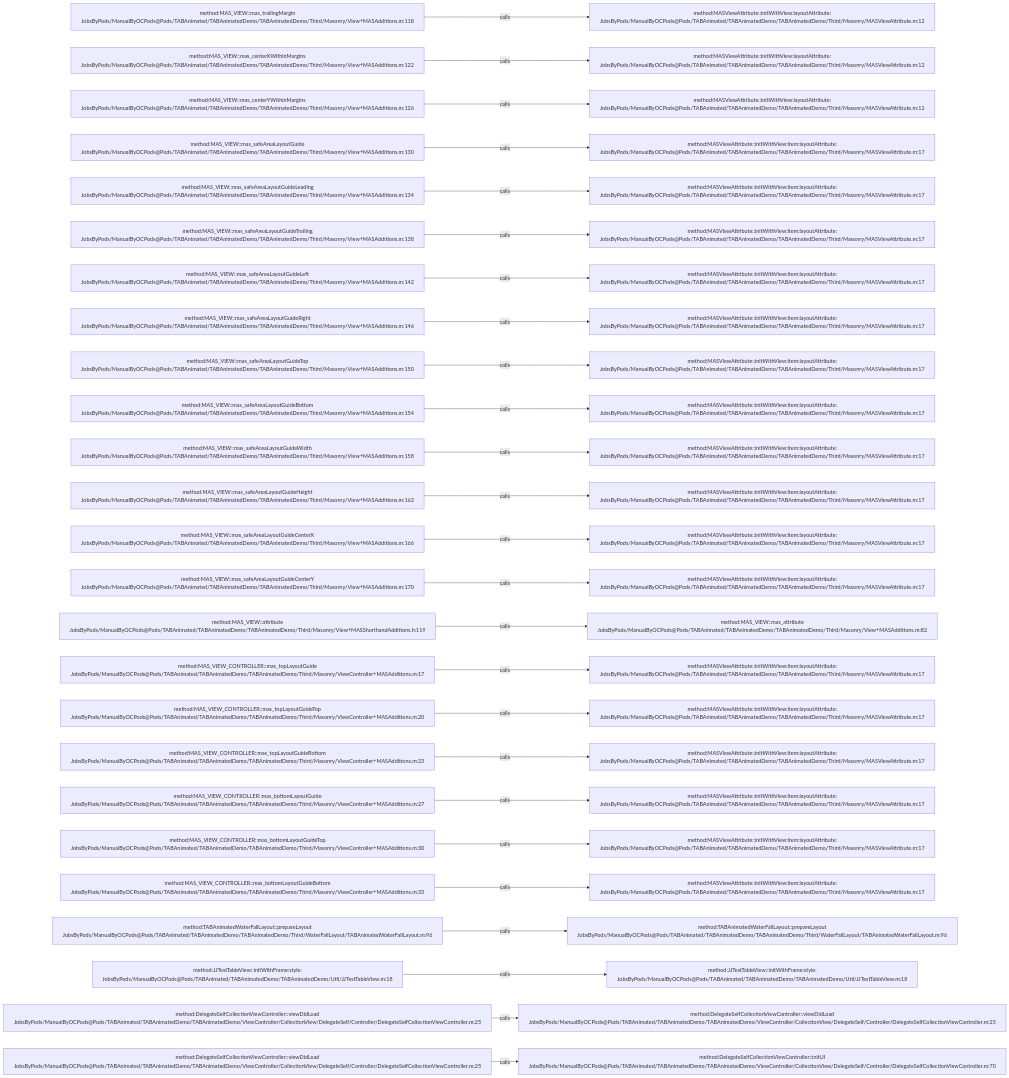
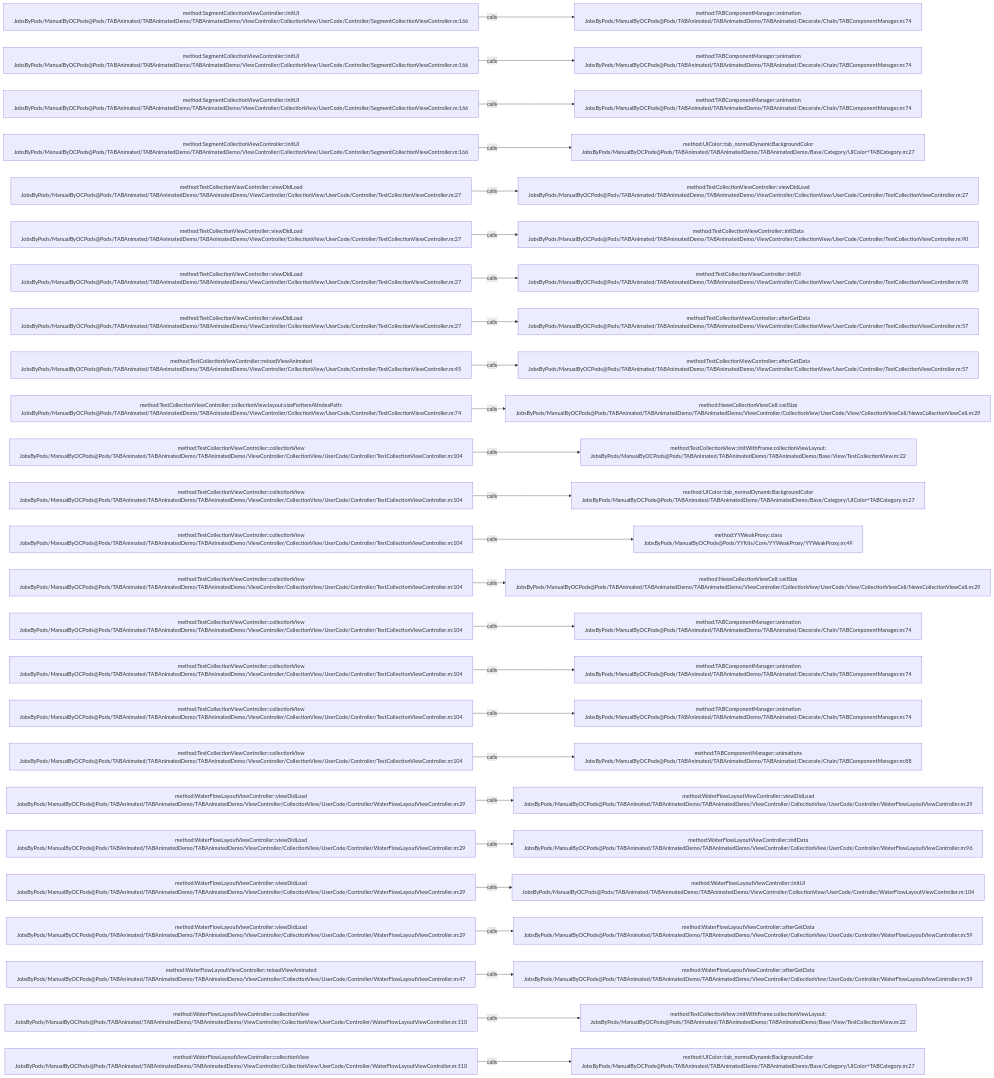
The diagram in .codegraph/codegraph.md/graphs/calls-039.md (JobsKits/JobsOCBaseConfigDemo), drawn with Mermaid before and after one commit. The commit also changed 2723 other files, not shown here.

````diff
--- a/.codegraph/codegraph.md/graphs/calls-039.md
+++ b/.codegraph/codegraph.md/graphs/calls-039.md
@@ -13,78 +13,78 @@
 ```mermaid
 flowchart LR
-  S1["method:MAS_VIEW::mas_trailingMargin<br/>JobsByPods/ManualByOCPods@Pods/TABAnimated/TABAnimatedDemo/TABAnimatedDemo/Third/Masonry/View+MASAdditions.m:118"]
-  T1["method:MASViewAttribute::initWithView:layoutAttribute:<br/>JobsByPods/ManualByOCPods@Pods/TABAnimated/TABAnimatedDemo/TABAnimatedDemo/Third/Masonry/MASViewAttribute.m:12"]
+  S1["method:SegmentCollectionViewController::initUI<br/>JobsByPods/ManualByOCPods@Pods/TABAnimated/TABAnimatedDemo/TABAnimatedDemo/ViewController/CollectionView/UserCode/Controller/SegmentCollectionViewController.m:166"]
+  T1["method:TABComponentManager::animation<br/>JobsByPods/ManualByOCPods@Pods/TABAnimated/TABAnimatedDemo/TABAnimated/Decorate/Chain/TABComponentManager.m:74"]
   S1 -->|calls| T1
-  S2["method:MAS_VIEW::mas_centerXWithinMargins<br/>JobsByPods/ManualByOCPods@Pods/TABAnimated/TABAnimatedDemo/TABAnimatedDemo/Third/Masonry/View+MASAdditions.m:122"]
-  T2["method:MASViewAttribute::initWithView:layoutAttribute:<br/>JobsByPods/ManualByOCPods@Pods/TABAnimated/TABAnimatedDemo/TABAnimatedDemo/Third/Masonry/MASViewAttribute.m:12"]
+  S2["method:SegmentCollectionViewController::initUI<br/>JobsByPods/ManualByOCPods@Pods/TABAnimated/TABAnimatedDemo/TABAnimatedDemo/ViewController/CollectionView/UserCode/Controller/SegmentCollectionViewController.m:166"]
+  T2["method:TABComponentManager::animation<br/>JobsByPods/ManualByOCPods@Pods/TABAnimated/TABAnimatedDemo/TABAnimated/Decorate/Chain/TABComponentManager.m:74"]
   S2 -->|calls| T2
-  S3["method:MAS_VIEW::mas_centerYWithinMargins<br/>JobsByPods/ManualByOCPods@Pods/TABAnimated/TABAnimatedDemo/TABAnimatedDemo/Third/Masonry/View+MASAdditions.m:126"]
-  T3["method:MASViewAttribute::initWithView:layoutAttribute:<br/>JobsByPods/ManualByOCPods@Pods/TABAnimated/TABAnimatedDemo/TABAnimatedDemo/Third/Masonry/MASViewAttribute.m:12"]
+  S3["method:SegmentCollectionViewController::initUI<br/>JobsByPods/ManualByOCPods@Pods/TABAnimated/TABAnimatedDemo/TABAnimatedDemo/ViewController/CollectionView/UserCode/Controller/SegmentCollectionViewController.m:166"]
+  T3["method:TABComponentManager::animation<br/>JobsByPods/ManualByOCPods@Pods/TABAnimated/TABAnimatedDemo/TABAnimated/Decorate/Chain/TABComponentManager.m:74"]
   S3 -->|calls| T3
-  S4["method:MAS_VIEW::mas_safeAreaLayoutGuide<br/>JobsByPods/ManualByOCPods@Pods/TABAnimated/TABAnimatedDemo/TABAnimatedDemo/Third/Masonry/View+MASAdditions.m:130"]
-  T4["method:MASViewAttribute::initWithView:item:layoutAttribute:<br/>JobsByPods/ManualByOCPods@Pods/TABAnimated/TABAnimatedDemo/TABAnimatedDemo/Third/Masonry/MASViewAttribute.m:17"]
+  S4["method:SegmentCollectionViewController::initUI<br/>JobsByPods/ManualByOCPods@Pods/TABAnimated/TABAnimatedDemo/TABAnimatedDemo/ViewController/CollectionView/UserCode/Controller/SegmentCollectionViewController.m:166"]
+  T4["method:UIColor::tab_normalDynamicBackgroundColor<br/>JobsByPods/ManualByOCPods@Pods/TABAnimated/TABAnimatedDemo/TABAnimatedDemo/Base/Category/UIColor+TABCategory.m:27"]
   S4 -->|calls| T4
-  S5["method:MAS_VIEW::mas_safeAreaLayoutGuideLeading<br/>JobsByPods/ManualByOCPods@Pods/TABAnimated/TABAnimatedDemo/TABAnimatedDemo/Third/Masonry/View+MASAdditions.m:134"]
-  T5["method:MASViewAttribute::initWithView:item:layoutAttribute:<br/>JobsByPods/ManualByOCPods@Pods/TABAnimated/TABAnimatedDemo/TABAnimatedDemo/Third/Masonry/MASViewAttribute.m:17"]
+  S5["method:TestCollectionViewController::viewDidLoad<br/>JobsByPods/ManualByOCPods@Pods/TABAnimated/TABAnimatedDemo/TABAnimatedDemo/ViewController/CollectionView/UserCode/Controller/TestCollectionViewController.m:27"]
+  T5["method:TestCollectionViewController::viewDidLoad<br/>JobsByPods/ManualByOCPods@Pods/TABAnimated/TABAnimatedDemo/TABAnimatedDemo/ViewController/CollectionView/UserCode/Controller/TestCollectionViewController.m:27"]
   S5 -->|calls| T5
-  S6["method:MAS_VIEW::mas_safeAreaLayoutGuideTrailing<br/>JobsByPods/ManualByOCPods@Pods/TABAnimated/TABAnimatedDemo/TABAnimatedDemo/Third/Masonry/View+MASAdditions.m:138"]
-  T6["method:MASViewAttribute::initWithView:item:layoutAttribute:<br/>JobsByPods/ManualByOCPods@Pods/TABAnimated/TABAnimatedDemo/TABAnimatedDemo/Third/Masonry/MASViewAttribute.m:17"]
+  S6["method:TestCollectionViewController::viewDidLoad<br/>JobsByPods/ManualByOCPods@Pods/TABAnimated/TABAnimatedDemo/TABAnimatedDemo/ViewController/CollectionView/UserCode/Controller/TestCollectionViewController.m:27"]
+  T6["method:TestCollectionViewController::initData<br/>JobsByPods/ManualByOCPods@Pods/TABAnimated/TABAnimatedDemo/TABAnimatedDemo/ViewController/CollectionView/UserCode/Controller/TestCollectionViewController.m:90"]
   S6 -->|calls| T6
-  S7["method:MAS_VIEW::mas_safeAreaLayoutGuideLeft<br/>JobsByPods/ManualByOCPods@Pods/TABAnimated/TABAnimatedDemo/TABAnimatedDemo/Third/Masonry/View+MASAdditions.m:142"]
-  T7["method:MASViewAttribute::initWithView:item:layoutAttribute:<br/>JobsByPods/ManualByOCPods@Pods/TABAnimated/TABAnimatedDemo/TABAnimatedDemo/Third/Masonry/MASViewAttribute.m:17"]
+  S7["method:TestCollectionViewController::viewDidLoad<br/>JobsByPods/ManualByOCPods@Pods/TABAnimated/TABAnimatedDemo/TABAnimatedDemo/ViewController/CollectionView/UserCode/Controller/TestCollectionViewController.m:27"]
+  T7["method:TestCollectionViewController::initUI<br/>JobsByPods/ManualByOCPods@Pods/TABAnimated/TABAnimatedDemo/TABAnimatedDemo/ViewController/CollectionView/UserCode/Controller/TestCollectionViewController.m:98"]
   S7 -->|calls| T7
-  S8["method:MAS_VIEW::mas_safeAreaLayoutGuideRight<br/>JobsByPods/ManualByOCPods@Pods/TABAnimated/TABAnimatedDemo/TABAnimatedDemo/Third/Masonry/View+MASAdditions.m:146"]
-  T8["method:MASViewAttribute::initWithView:item:layoutAttribute:<br/>JobsByPods/ManualByOCPods@Pods/TABAnimated/TABAnimatedDemo/TABAnimatedDemo/Third/Masonry/MASViewAttribute.m:17"]
+  S8["method:TestCollectionViewController::viewDidLoad<br/>JobsByPods/ManualByOCPods@Pods/TABAnimated/TABAnimatedDemo/TABAnimatedDemo/ViewController/CollectionView/UserCode/Controller/TestCollectionViewController.m:27"]
+  T8["method:TestCollectionViewController::afterGetData<br/>JobsByPods/ManualByOCPods@Pods/TABAnimated/TABAnimatedDemo/TABAnimatedDemo/ViewController/CollectionView/UserCode/Controller/TestCollectionViewController.m:57"]
   S8 -->|calls| T8
-  S9["method:MAS_VIEW::mas_safeAreaLayoutGuideTop<br/>JobsByPods/ManualByOCPods@Pods/TABAnimated/TABAnimatedDemo/TABAnimatedDemo/Third/Masonry/View+MASAdditions.m:150"]
-  T9["method:MASViewAttribute::initWithView:item:layoutAttribute:<br/>JobsByPods/ManualByOCPods@Pods/TABAnimated/TABAnimatedDemo/TABAnimatedDemo/Third/Masonry/MASViewAttribute.m:17"]
+  S9["method:TestCollectionViewController::reloadViewAnimated<br/>JobsByPods/ManualByOCPods@Pods/TABAnimated/TABAnimatedDemo/TABAnimatedDemo/ViewController/CollectionView/UserCode/Controller/TestCollectionViewController.m:45"]
+  T9["method:TestCollectionViewController::afterGetData<br/>JobsByPods/ManualByOCPods@Pods/TABAnimated/TABAnimatedDemo/TABAnimatedDemo/ViewController/CollectionView/UserCode/Controller/TestCollectionViewController.m:57"]
   S9 -->|calls| T9
-  S10["method:MAS_VIEW::mas_safeAreaLayoutGuideBottom<br/>JobsByPods/ManualByOCPods@Pods/TABAnimated/TABAnimatedDemo/TABAnimatedDemo/Third/Masonry/View+MASAdditions.m:154"]
-  T10["method:MASViewAttribute::initWithView:item:layoutAttribute:<br/>JobsByPods/ManualByOCPods@Pods/TABAnimated/TABAnimatedDemo/TABAnimatedDemo/Third/Masonry/MASViewAttribute.m:17"]
+  S10["method:TestCollectionViewController::collectionView:layout:sizeForItemAtIndexPath:<br/>JobsByPods/ManualByOCPods@Pods/TABAnimated/TABAnimatedDemo/TABAnimatedDemo/ViewController/CollectionView/UserCode/Controller/TestCollectionViewController.m:74"]
+  T10["method:NewsCollectionViewCell::cellSize<br/>JobsByPods/ManualByOCPods@Pods/TABAnimated/TABAnimatedDemo/TABAnimatedDemo/ViewController/CollectionView/UserCode/View/CollectionViewCell/NewsCollectionViewCell.m:29"]
   S10 -->|calls| T10
-  S11["method:MAS_VIEW::mas_safeAreaLayoutGuideWidth<br/>JobsByPods/ManualByOCPods@Pods/TABAnimated/TABAnimatedDemo/TABAnimatedDemo/Third/Masonry/View+MASAdditions.m:158"]
-  T11["method:MASViewAttribute::initWithView:item:layoutAttribute:<br/>JobsByPods/ManualByOCPods@Pods/TABAnimated/TABAnimatedDemo/TABAnimatedDemo/Third/Masonry/MASViewAttribute.m:17"]
+  S11["method:TestCollectionViewController::collectionView<br/>JobsByPods/ManualByOCPods@Pods/TABAnimated/TABAnimatedDemo/TABAnimatedDemo/ViewController/CollectionView/UserCode/Controller/TestCollectionViewController.m:104"]
+  T11["method:TestCollectionView::initWithFrame:collectionViewLayout:<br/>JobsByPods/ManualByOCPods@Pods/TABAnimated/TABAnimatedDemo/TABAnimatedDemo/Base/View/TestCollectionView.m:22"]
   S11 -->|calls| T11
-  S12["method:MAS_VIEW::mas_safeAreaLayoutGuideHeight<br/>JobsByPods/ManualByOCPods@Pods/TABAnimated/TABAnimatedDemo/TABAnimatedDemo/Third/Masonry/View+MASAdditions.m:162"]
-  T12["method:MASViewAttribute::initWithView:item:layoutAttribute:<br/>JobsByPods/ManualByOCPods@Pods/TABAnimated/TABAnimatedDemo/TABAnimatedDemo/Third/Masonry/MASViewAttribute.m:17"]
+  S12["method:TestCollectionViewController::collectionView<br/>JobsByPods/ManualByOCPods@Pods/TABAnimated/TABAnimatedDemo/TABAnimatedDemo/ViewController/CollectionView/UserCode/Controller/TestCollectionViewController.m:104"]
+  T12["method:UIColor::tab_normalDynamicBackgroundColor<br/>JobsByPods/ManualByOCPods@Pods/TABAnimated/TABAnimatedDemo/TABAnimatedDemo/Base/Category/UIColor+TABCategory.m:27"]
   S12 -->|calls| T12
-  S13["method:MAS_VIEW::mas_safeAreaLayoutGuideCenterX<br/>JobsByPods/ManualByOCPods@Pods/TABAnimated/TABAnimatedDemo/TABAnimatedDemo/Third/Masonry/View+MASAdditions.m:166"]
-  T13["method:MASViewAttribute::initWithView:item:layoutAttribute:<br/>JobsByPods/ManualByOCPods@Pods/TABAnimated/TABAnimatedDemo/TABAnimatedDemo/Third/Masonry/MASViewAttribute.m:17"]
+  S13["method:TestCollectionViewController::collectionView<br/>JobsByPods/ManualByOCPods@Pods/TABAnimated/TABAnimatedDemo/TABAnimatedDemo/ViewController/CollectionView/UserCode/Controller/TestCollectionViewController.m:104"]
+  T13["method:YYWeakProxy::class<br/>JobsByPods/ManualByOCPods@Pods/YYKits/Core/YYWeakProxy/YYWeakProxy.m:49"]
   S13 -->|calls| T13
-  S14["method:MAS_VIEW::mas_safeAreaLayoutGuideCenterY<br/>JobsByPods/ManualByOCPods@Pods/TABAnimated/TABAnimatedDemo/TABAnimatedDemo/Third/Masonry/View+MASAdditions.m:170"]
-  T14["method:MASViewAttribute::initWithView:item:layoutAttribute:<br/>JobsByPods/ManualByOCPods@Pods/TABAnimated/TABAnimatedDemo/TABAnimatedDemo/Third/Masonry/MASViewAttribute.m:17"]
+  S14["method:TestCollectionViewController::collectionView<br/>JobsByPods/ManualByOCPods@Pods/TABAnimated/TABAnimatedDemo/TABAnimatedDemo/ViewController/CollectionView/UserCode/Controller/TestCollectionViewController.m:104"]
+  T14["method:NewsCollectionViewCell::cellSize<br/>JobsByPods/ManualByOCPods@Pods/TABAnimated/TABAnimatedDemo/TABAnimatedDemo/ViewController/CollectionView/UserCode/View/CollectionViewCell/NewsCollectionViewCell.m:29"]
   S14 -->|calls| T14
-  S15["method:MAS_VIEW::attribute<br/>JobsByPods/ManualByOCPods@Pods/TABAnimated/TABAnimatedDemo/TABAnimatedDemo/Third/Masonry/View+MASShorthandAdditions.h:119"]
-  T15["method:MAS_VIEW::mas_attribute<br/>JobsByPods/ManualByOCPods@Pods/TABAnimated/TABAnimatedDemo/TABAnimatedDemo/Third/Masonry/View+MASAdditions.m:82"]
+  S15["method:TestCollectionViewController::collectionView<br/>JobsByPods/ManualByOCPods@Pods/TABAnimated/TABAnimatedDemo/TABAnimatedDemo/ViewController/CollectionView/UserCode/Controller/TestCollectionViewController.m:104"]
+  T15["method:TABComponentManager::animation<br/>JobsByPods/ManualByOCPods@Pods/TABAnimated/TABAnimatedDemo/TABAnimated/Decorate/Chain/TABComponentManager.m:74"]
   S15 -->|calls| T15
-  S16["method:MAS_VIEW_CONTROLLER::mas_topLayoutGuide<br/>JobsByPods/ManualByOCPods@Pods/TABAnimated/TABAnimatedDemo/TABAnimatedDemo/Third/Masonry/ViewController+MASAdditions.m:17"]
-  T16["method:MASViewAttribute::initWithView:item:layoutAttribute:<br/>JobsByPods/ManualByOCPods@Pods/TABAnimated/TABAnimatedDemo/TABAnimatedDemo/Third/Masonry/MASViewAttribute.m:17"]
+  S16["method:TestCollectionViewController::collectionView<br/>JobsByPods/ManualByOCPods@Pods/TABAnimated/TABAnimatedDemo/TABAnimatedDemo/ViewController/CollectionView/UserCode/Controller/TestCollectionViewController.m:104"]
+  T16["method:TABComponentManager::animation<br/>JobsByPods/ManualByOCPods@Pods/TABAnimated/TABAnimatedDemo/TABAnimated/Decorate/Chain/TABComponentManager.m:74"]
   S16 -->|calls| T16
-  S17["method:MAS_VIEW_CONTROLLER::mas_topLayoutGuideTop<br/>JobsByPods/ManualByOCPods@Pods/TABAnimated/TABAnimatedDemo/TABAnimatedDemo/Third/Masonry/ViewController+MASAdditions.m:20"]
-  T17["method:MASViewAttribute::initWithView:item:layoutAttribute:<br/>JobsByPods/ManualByOCPods@Pods/TABAnimated/TABAnimatedDemo/TABAnimatedDemo/Third/Masonry/MASViewAttribute.m:17"]
+  S17["method:TestCollectionViewController::collectionView<br/>JobsByPods/ManualByOCPods@Pods/TABAnimated/TABAnimatedDemo/TABAnimatedDemo/ViewController/CollectionView/UserCode/Controller/TestCollectionViewController.m:104"]
+  T17["method:TABComponentManager::animation<br/>JobsByPods/ManualByOCPods@Pods/TABAnimated/TABAnimatedDemo/TABAnimated/Decorate/Chain/TABComponentManager.m:74"]
   S17 -->|calls| T17
-  S18["method:MAS_VIEW_CONTROLLER::mas_topLayoutGuideBottom<br/>JobsByPods/ManualByOCPods@Pods/TABAnimated/TABAnimatedDemo/TABAnimatedDemo/Third/Masonry/ViewController+MASAdditions.m:23"]
-  T18["method:MASViewAttribute::initWithView:item:layoutAttribute:<br/>JobsByPods/ManualByOCPods@Pods/TABAnimated/TABAnimatedDemo/TABAnimatedDemo/Third/Masonry/MASViewAttribute.m:17"]
+  S18["method:TestCollectionViewController::collectionView<br/>JobsByPods/ManualByOCPods@Pods/TABAnimated/TABAnimatedDemo/TABAnimatedDemo/ViewController/CollectionView/UserCode/Controller/TestCollectionViewController.m:104"]
+  T18["method:TABComponentManager::animations<br/>JobsByPods/ManualByOCPods@Pods/TABAnimated/TABAnimatedDemo/TABAnimated/Decorate/Chain/TABComponentManager.m:88"]
   S18 -->|calls| T18
-  S19["method:MAS_VIEW_CONTROLLER::mas_bottomLayoutGuide<br/>JobsByPods/ManualByOCPods@Pods/TABAnimated/TABAnimatedDemo/TABAnimatedDemo/Third/Masonry/ViewController+MASAdditions.m:27"]
-  T19["method:MASViewAttribute::initWithView:item:layoutAttribute:<br/>JobsByPods/ManualByOCPods@Pods/TABAnimated/TABAnimatedDemo/TABAnimatedDemo/Third/Masonry/MASViewAttribute.m:17"]
+  S19["method:WaterFlowLayoutViewController::viewDidLoad<br/>JobsByPods/ManualByOCPods@Pods/TABAnimated/TABAnimatedDemo/TABAnimatedDemo/ViewController/CollectionView/UserCode/Controller/WaterFlowLayoutViewController.m:29"]
+  T19["method:WaterFlowLayoutViewController::viewDidLoad<br/>JobsByPods/ManualByOCPods@Pods/TABAnimated/TABAnimatedDemo/TABAnimatedDemo/ViewController/CollectionView/UserCode/Controller/WaterFlowLayoutViewController.m:29"]
   S19 -->|calls| T19
-  S20["method:MAS_VIEW_CONTROLLER::mas_bottomLayoutGuideTop<br/>JobsByPods/ManualByOCPods@Pods/TABAnimated/TABAnimatedDemo/TABAnimatedDemo/Third/Masonry/ViewController+MASAdditions.m:30"]
-  T20["method:MASViewAttribute::initWithView:item:layoutAttribute:<br/>JobsByPods/ManualByOCPods@Pods/TABAnimated/TABAnimatedDemo/TABAnimatedDemo/Third/Masonry/MASViewAttribute.m:17"]
+  S20["method:WaterFlowLayoutViewController::viewDidLoad<br/>JobsByPods/ManualByOCPods@Pods/TABAnimated/TABAnimatedDemo/TABAnimatedDemo/ViewController/CollectionView/UserCode/Controller/WaterFlowLayoutViewController.m:29"]
+  T20["method:WaterFlowLayoutViewController::initData<br/>JobsByPods/ManualByOCPods@Pods/TABAnimated/TABAnimatedDemo/TABAnimatedDemo/ViewController/CollectionView/UserCode/Controller/WaterFlowLayoutViewController.m:96"]
   S20 -->|calls| T20
-  S21["method:MAS_VIEW_CONTROLLER::mas_bottomLayoutGuideBottom<br/>JobsByPods/ManualByOCPods@Pods/TABAnimated/TABAnimatedDemo/TABAnimatedDemo/Third/Masonry/ViewController+MASAdditions.m:33"]
-  T21["method:MASViewAttribute::initWithView:item:layoutAttribute:<br/>JobsByPods/ManualByOCPods@Pods/TABAnimated/TABAnimatedDemo/TABAnimatedDemo/Third/Masonry/MASViewAttribute.m:17"]
+  S21["method:WaterFlowLayoutViewController::viewDidLoad<br/>JobsByPods/ManualByOCPods@Pods/TABAnimated/TABAnimatedDemo/TABAnimatedDemo/ViewController/CollectionView/UserCode/Controller/WaterFlowLayoutViewController.m:29"]
+  T21["method:WaterFlowLayoutViewController::initUI<br/>JobsByPods/ManualByOCPods@Pods/TABAnimated/TABAnimatedDemo/TABAnimatedDemo/ViewController/CollectionView/UserCode/Controller/WaterFlowLayoutViewController.m:104"]
   S21 -->|calls| T21
-  S22["method:TABAnimatedWaterFallLayout::prepareLayout<br/>JobsByPods/ManualByOCPods@Pods/TABAnimated/TABAnimatedDemo/TABAnimatedDemo/Third/WaterFallLayout/TABAnimatedWaterFallLayout.m:96"]
-  T22["method:TABAnimatedWaterFallLayout::prepareLayout<br/>JobsByPods/ManualByOCPods@Pods/TABAnimated/TABAnimatedDemo/TABAnimatedDemo/Third/WaterFallLayout/TABAnimatedWaterFallLayout.m:96"]
+  S22["method:WaterFlowLayoutViewController::viewDidLoad<br/>JobsByPods/ManualByOCPods@Pods/TABAnimated/TABAnimatedDemo/TABAnimatedDemo/ViewController/CollectionView/UserCode/Controller/WaterFlowLayoutViewController.m:29"]
+  T22["method:WaterFlowLayoutViewController::afterGetData<br/>JobsByPods/ManualByOCPods@Pods/TABAnimated/TABAnimatedDemo/TABAnimatedDemo/ViewController/CollectionView/UserCode/Controller/WaterFlowLayoutViewController.m:59"]
   S22 -->|calls| T22
-  S23["method:JJTestTableView::initWithFrame:style:<br/>JobsByPods/ManualByOCPods@Pods/TABAnimated/TABAnimatedDemo/TABAnimatedDemo/Util/JJTestTableView.m:18"]
-  T23["method:JJTestTableView::initWithFrame:style:<br/>JobsByPods/ManualByOCPods@Pods/TABAnimated/TABAnimatedDemo/TABAnimatedDemo/Util/JJTestTableView.m:18"]
+  S23["method:WaterFlowLayoutViewController::reloadViewAnimated<br/>JobsByPods/ManualByOCPods@Pods/TABAnimated/TABAnimatedDemo/TABAnimatedDemo/ViewController/CollectionView/UserCode/Controller/WaterFlowLayoutViewController.m:47"]
+  T23["method:WaterFlowLayoutViewController::afterGetData<br/>JobsByPods/ManualByOCPods@Pods/TABAnimated/TABAnimatedDemo/TABAnimatedDemo/ViewController/CollectionView/UserCode/Controller/WaterFlowLayoutViewController.m:59"]
   S23 -->|calls| T23
-  S24["method:DelegateSelfCollectionViewController::viewDidLoad<br/>JobsByPods/ManualByOCPods@Pods/TABAnimated/TABAnimatedDemo/TABAnimatedDemo/ViewController/CollectionView/DelegateSelf/Controller/DelegateSelfCollectionViewController.m:25"]
-  T24["method:DelegateSelfCollectionViewController::viewDidLoad<br/>JobsByPods/ManualByOCPods@Pods/TABAnimated/TABAnimatedDemo/TABAnimatedDemo/ViewController/CollectionView/DelegateSelf/Controller/DelegateSelfCollectionViewController.m:25"]
+  S24["method:WaterFlowLayoutViewController::collectionView<br/>JobsByPods/ManualByOCPods@Pods/TABAnimated/TABAnimatedDemo/TABAnimatedDemo/ViewController/CollectionView/UserCode/Controller/WaterFlowLayoutViewController.m:110"]
+  T24["method:TestCollectionView::initWithFrame:collectionViewLayout:<br/>JobsByPods/ManualByOCPods@Pods/TABAnimated/TABAnimatedDemo/TABAnimatedDemo/Base/View/TestCollectionView.m:22"]
   S24 -->|calls| T24
-  S25["method:DelegateSelfCollectionViewController::viewDidLoad<br/>JobsByPods/ManualByOCPods@Pods/TABAnimated/TABAnimatedDemo/TABAnimatedDemo/ViewController/CollectionView/DelegateSelf/Controller/DelegateSelfCollectionViewController.m:25"]
-  T25["method:DelegateSelfCollectionViewController::initUI<br/>JobsByPods/ManualByOCPods@Pods/TABAnimated/TABAnimatedDemo/TABAnimatedDemo/ViewController/CollectionView/DelegateSelf/Controller/DelegateSelfCollectionViewController.m:70"]
+  S25["method:WaterFlowLayoutViewController::collectionView<br/>JobsByPods/ManualByOCPods@Pods/TABAnimated/TABAnimatedDemo/TABAnimatedDemo/ViewController/CollectionView/UserCode/Controller/WaterFlowLayoutViewController.m:110"]
+  T25["method:UIColor::tab_normalDynamicBackgroundColor<br/>JobsByPods/ManualByOCPods@Pods/TABAnimated/TABAnimatedDemo/TABAnimatedDemo/Base/Category/UIColor+TABCategory.m:27"]
   S25 -->|calls| T25
 ```
````
